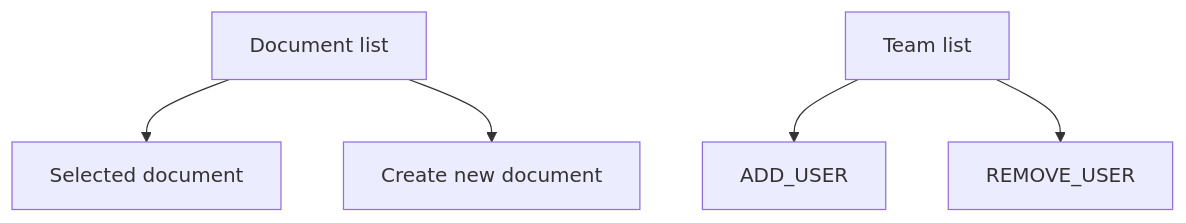
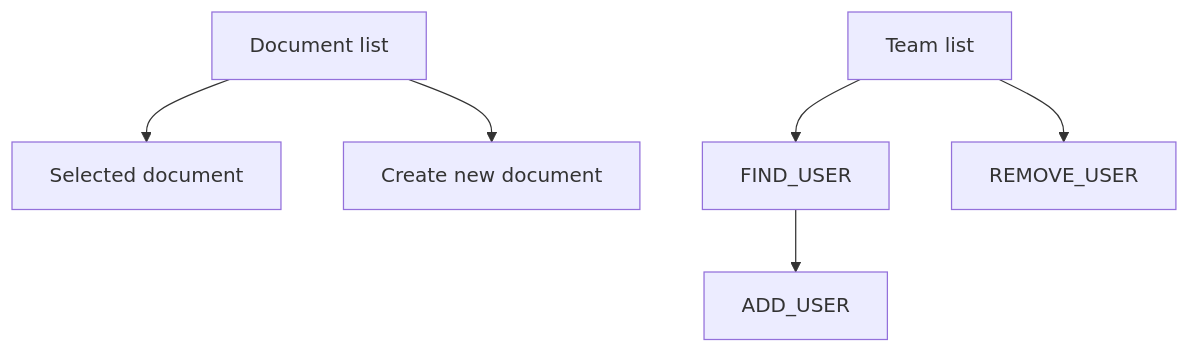
Before and after one commit to entools/tools.interface: the second of 3 diagrams in sidebar.md, drawn with Mermaid. The commit also changed other lines of this file, not shown here.

Commit message:
fix: sidebar.md

````diff
--- a/sidebar.md
+++ b/sidebar.md
@@ -17,9 +17,10 @@
 ```mermaid
   flowchart
   
   DOCUMENTS[Document list] --> SELECTED_DOCUMENT[Selected document]
   DOCUMENTS --> ADD_DOCUMENT[Create new document]
 
-  TEAMS[Team list] --> ADD_USER
+  TEAMS[Team list] --> FIND_USER
+  FIND_USER --> ADD_USER
   TEAMS --> REMOVE_USER
 ```
````
